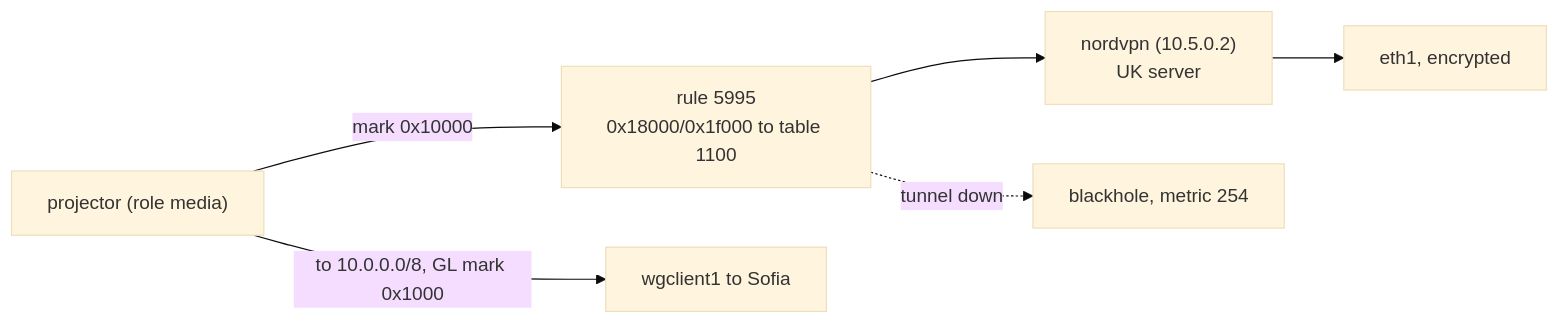
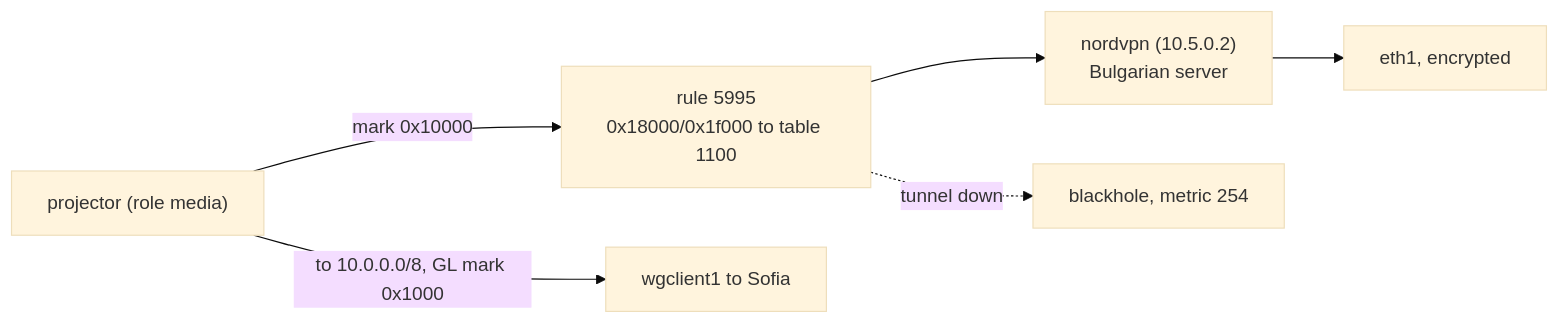
The third of 3 diagrams in docs/architecture/london-site.md (ViktorBarzin/infra), drawn with Mermaid (base theme) before and after one commit. The commit also changed other lines of this file and 2 other files, not shown here.

Commit message:
London projector VPN: exit through a Bulgarian NordVPN server [ci skip]
Viktor wants the projector to appear in Bulgaria, which also lets him turn
off the NordVPN app on the projector that did the same thing. The router's
tunnel now picks the least-loaded Bulgarian WireGuard server (NordVPN has
four, all in Sofia) instead of a UK one. Provisioned and renewed on the
router this session; it now uses bg96.nordvpn.com.

````diff
--- a/docs/architecture/london-site.md
+++ b/docs/architecture/london-site.md
@@ -181,7 +181,7 @@
 ```mermaid
 flowchart LR
   proj["projector (role media)"] -->|"mark 0x10000"| rule["rule 5995<br/>0x18000/0x1f000 to table 1100"]
-  rule --> nord["nordvpn (10.5.0.2)<br/>UK server"] --> wan["eth1, encrypted"]
+  rule --> nord["nordvpn (10.5.0.2)<br/>Bulgarian server"] --> wan["eth1, encrypted"]
   proj -->|"to 10.0.0.0/8, GL mark 0x1000"| wg1["wgclient1 to Sofia"]
   rule -.->|"tunnel down"| bh["blackhole, metric 254"]
 ```
````
